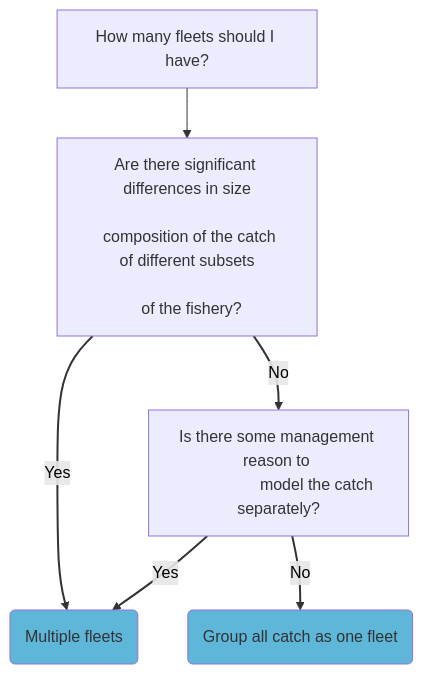
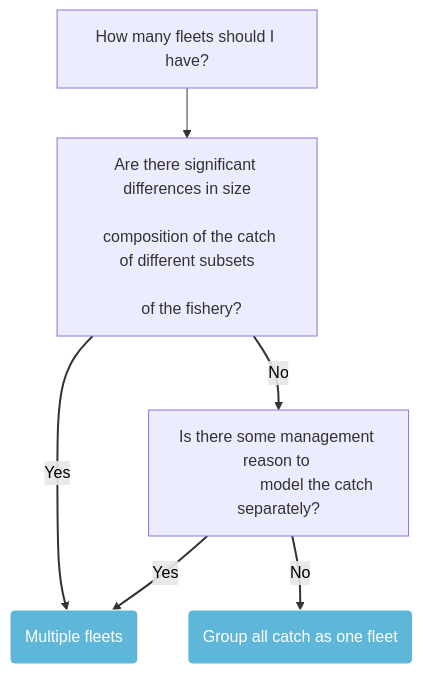
One commit to nmfs-ost/ss3-website changed the fourth of 6 diagrams in website/qmds/ss3_setup_decisions.qmd. Above: the diagram before and after it, drawn with Mermaid. The commit also changed other lines of this file and 1 other file, not shown here.

````diff
--- a/website/qmds/ss3_setup_decisions.qmd
+++ b/website/qmds/ss3_setup_decisions.qmd
@@ -59,15 +59,15 @@
 ```{mermaid}
 %%| fig-alt: Decision process for determining the number of fleets you should use in your SS3 model. Simply put, the diagram shows that if you have significant differences in the size composition of the catch of different subsets of the fishery or there is some management reason to model the catch separately, then use multiple fleets, otherwise group all the catch as one fleet.
 flowchart TB
     A["How many fleets should I have?"] --> B["Are there significant differences in size
                                               composition of the catch of different subsets
                                               of the fishery?"]
     B --Yes --> C("Multiple fleets")
     B -- No --> D["Is there some management reason to 
                   model the catch separately?"]
     D -- Yes --> C
     D -- No --> E("Group all catch as one fleet")
     linkStyle 1,2,3,4 stroke-width:2px,color:black
-    style C fill:#5EB6D9
-    style E fill:#5EB6D9
+    style C fill:#5EB6D9,stroke:#fff,color:#fff
+    style E fill:#5EB6D9,stroke:#fff,color:#fff
 ```
````
